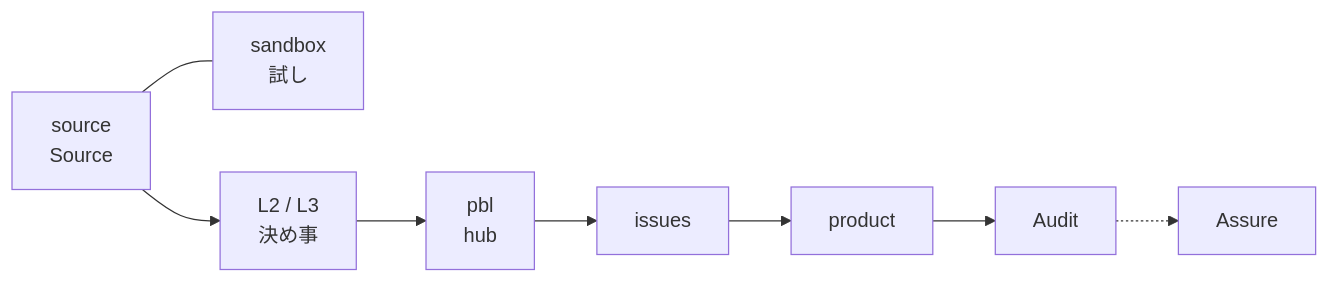
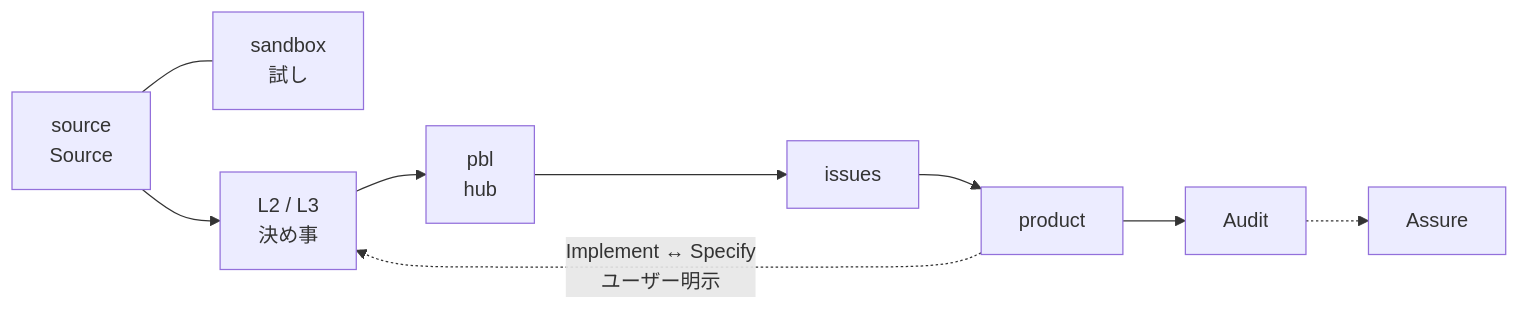
The third of 3 diagrams in README.md (mizumizue/forgos), drawn with Mermaid before and after one commit. The commit also changed other lines of this file and 4 other files, not shown here.

Commit message:
Reflect Implement↔Specify loop in pipeline flow docs.

````diff
--- a/README.md
+++ b/README.md
@@ -75,10 +76,11 @@
 ```mermaid
 flowchart LR
   d["source<br/>Source"] --- sand["sandbox<br/>試し"]
   d --> p["L2 / L3<br/>決め事"]
   p --> m["pbl<br/>hub"]
   m --> c["issues"]
   c --> i["product"]
   i --> a["Audit"]
   a -.-> s["Assure"]
+  i -.->|Implement ↔ Specify<br/>ユーザー明示| p
 ```
````
